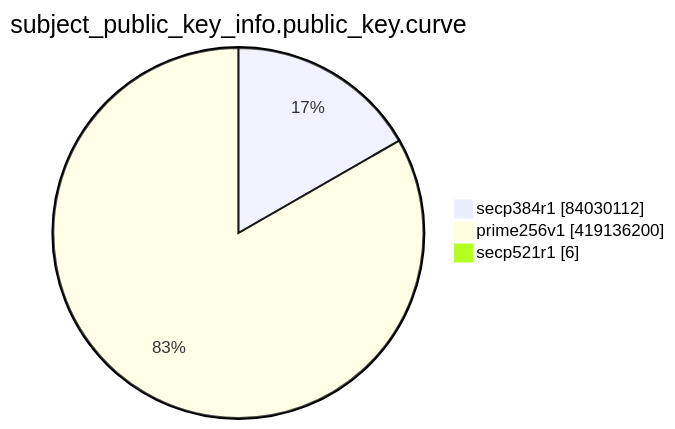
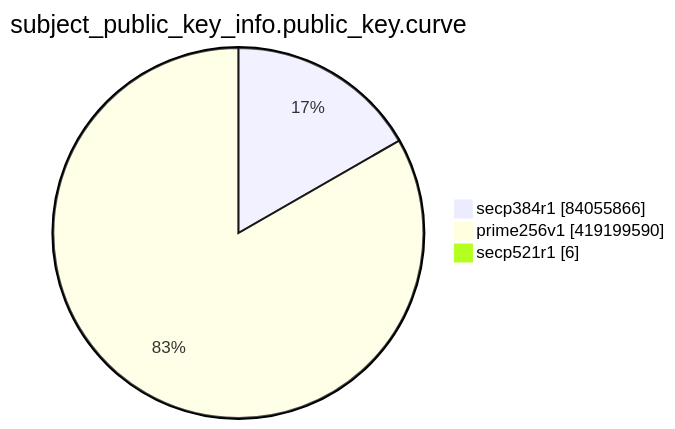
The eighth of 15 diagrams in TOTAL/README.md (christiankrug/ctmonitor_visualization), drawn with Mermaid before and after one commit. The commit also changed other lines of this file, not shown here.

````diff
--- a/TOTAL/README.md
+++ b/TOTAL/README.md
@@ -3099,7 +3099,7 @@
 ```mermaid
 pie showData
 title subject_public_key_info.public_key.curve
-"secp384r1" :84030112
-"prime256v1" :419136200
+"secp384r1" :84055866
+"prime256v1" :419199590
 "secp521r1" :6
 ```
````
